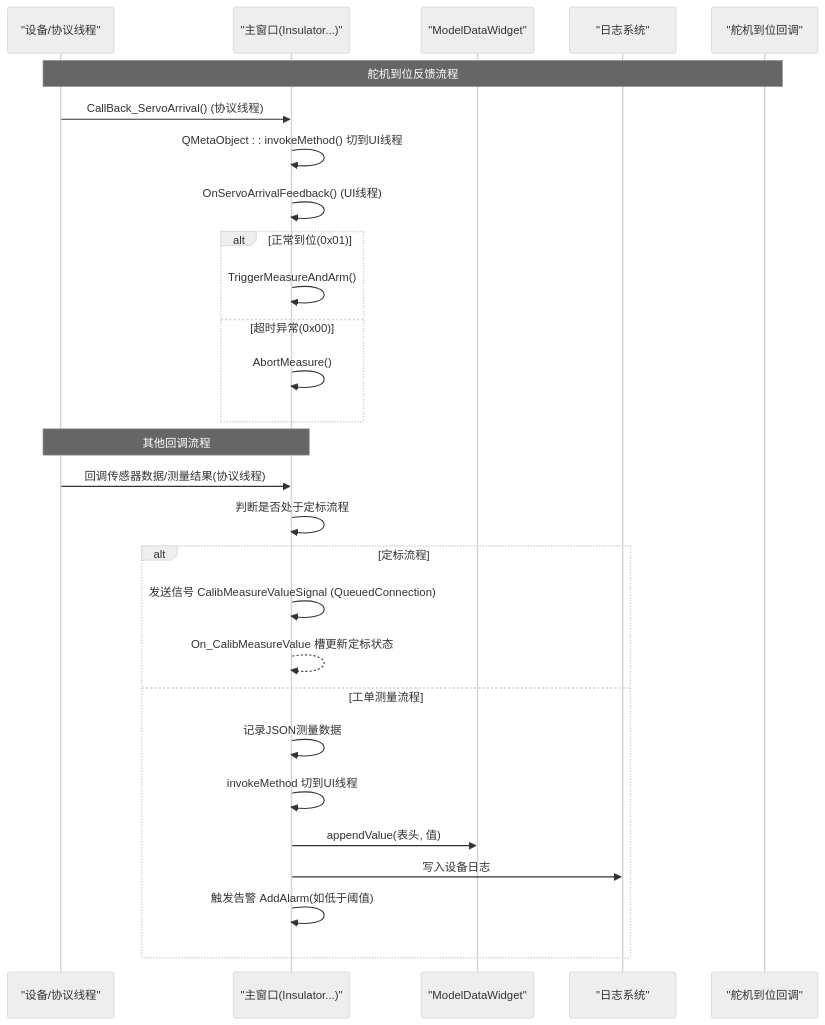
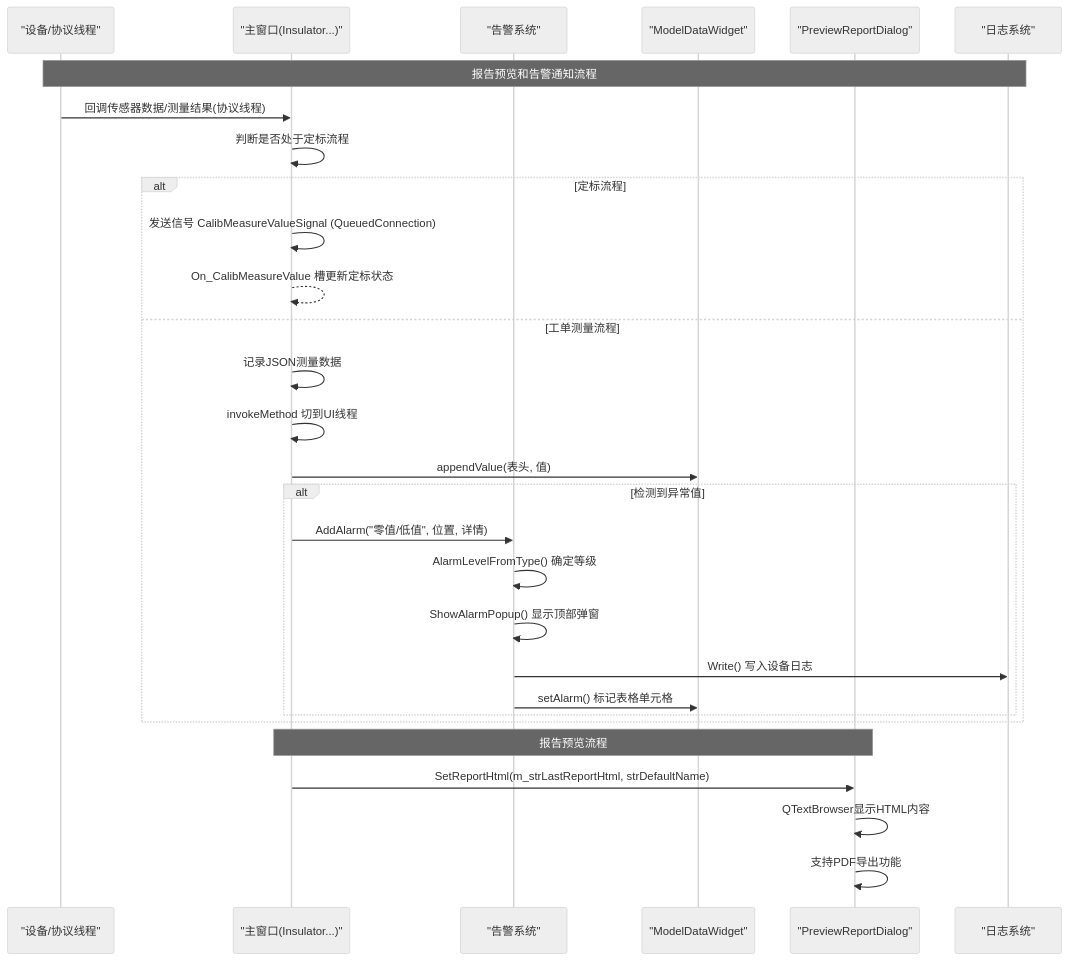
The second of 9 diagrams in .qoder/repowiki/zh/content/系统架构/模块结构/UI模块.md (yangreest/Zero-value-Insulator-Robot-V2), drawn with Mermaid (neutral theme) before and after one commit. The commit also changed other lines of this file and 22 other files, not shown here.

````diff
--- a/.qoder/repowiki/zh/content/系统架构/模块结构/UI模块.md
+++ b/.qoder/repowiki/zh/content/系统架构/模块结构/UI模块.md
@@ -93,30 +110,31 @@
 ```mermaid
 sequenceDiagram
 participant Dev as "设备/协议线程"
 participant Main as "主窗口(Insulator...)"
+participant Alarm as "告警系统"
 participant Chart as "ModelDataWidget"
+participant Preview as "PreviewReportDialog"
 participant Log as "日志系统"
-participant Servo as "舵机到位回调"
-Note over Dev,Servo : 舵机到位反馈流程
-Dev->>Main : CallBack_ServoArrival() (协议线程)
-Main->>Main : QMetaObject : : invokeMethod() 切到UI线程
-Main->>Main : OnServoArrivalFeedback() (UI线程)
-alt 正常到位(0x01)
-Main->>Main : TriggerMeasureAndArm()
-else 超时异常(0x00)
-Main->>Main : AbortMeasure()
-end
-Note over Dev,Main : 其他回调流程
+Note over Dev,Log : 报告预览和告警通知流程
 Dev->>Main : 回调传感器数据/测量结果(协议线程)
 Main->>Main : 判断是否处于定标流程
 alt 定标流程
 Main->>Main : 发送信号 CalibMeasureValueSignal (QueuedConnection)
 Main-->>Main : On_CalibMeasureValue 槽更新定标状态
 else 工单测量流程
 Main->>Main : 记录JSON测量数据
 Main->>Main : invokeMethod 切到UI线程
 Main->>Chart : appendValue(表头, 值)
-Main->>Log : 写入设备日志
-Main->>Main : 触发告警 AddAlarm(如低于阈值)
+alt 检测到异常值
+Main->>Alarm : AddAlarm("零值/低值", 位置, 详情)
+Alarm->>Alarm : AlarmLevelFromType() 确定等级
+Alarm->>Alarm : ShowAlarmPopup() 显示顶部弹窗
+Alarm->>Log : Write() 写入设备日志
+Alarm->>Chart : setAlarm() 标记表格单元格
 end
+end
+Note over Main,Preview : 报告预览流程
+Main->>Preview : SetReportHtml(m_strLastReportHtml, strDefaultName)
+Preview->>Preview : QTextBrowser显示HTML内容
+Preview->>Preview : 支持PDF导出功能
 ```
````
